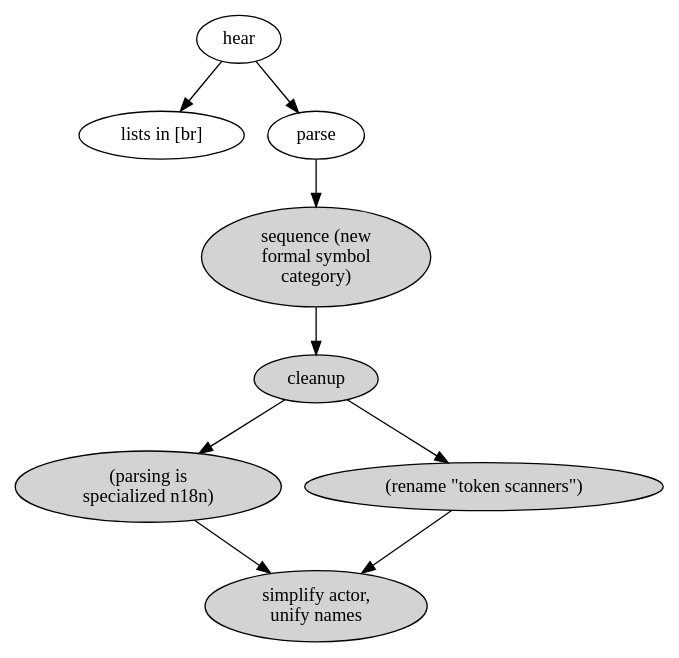
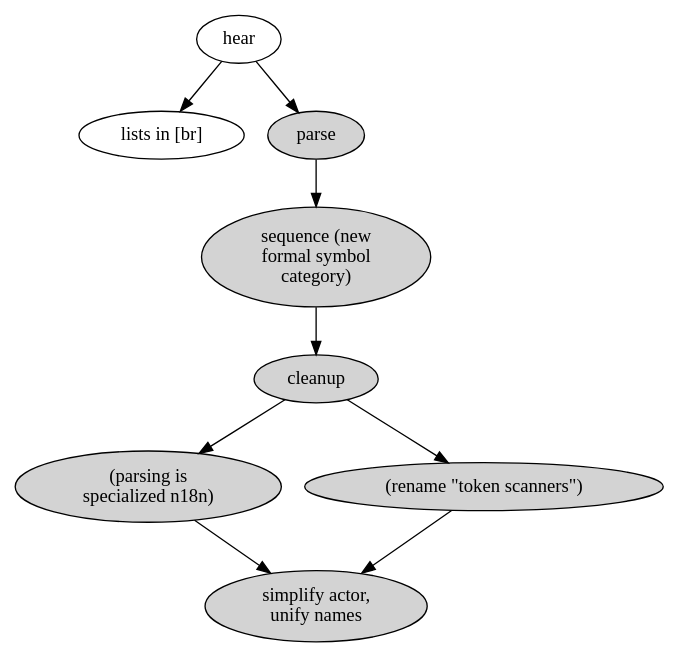
The diagram in doc/the-big-picture-of-now-03.dot (hipe/tmx), drawn with Graphviz before and after one commit. The commit also changed 15 other files, not shown here.

```diff
--- a/doc/the-big-picture-of-now-03.dot
+++ b/doc/the-big-picture-of-now-03.dot
@@ -1,25 +1,25 @@
 digraph {
 
 
   hear [label="hear"]
   lists [label="lists in [br]"]
-  parse [label="parse"]
+  parse [label="parse" style=filled]
   x1 [label="(parsing is\nspecialized n18n)" style=filled]
   x2 [label="(rename \"token scanners\")" style=filled]
   cleanup [style=filled]
   sequence [label="sequence (new\nformal symbol\ncategory)" style=filled]
   x4 [label="simplify actor,\nunify names" style=filled ]
 
   hear->lists
   hear->parse
   parse->sequence
   sequence->cleanup
   cleanup->x1
   cleanup->x2
 
   x1->x4
   x2->x4
 
 
   # that one color of blue: fillcolor="#b5d5fb" style=filled
 }
```
